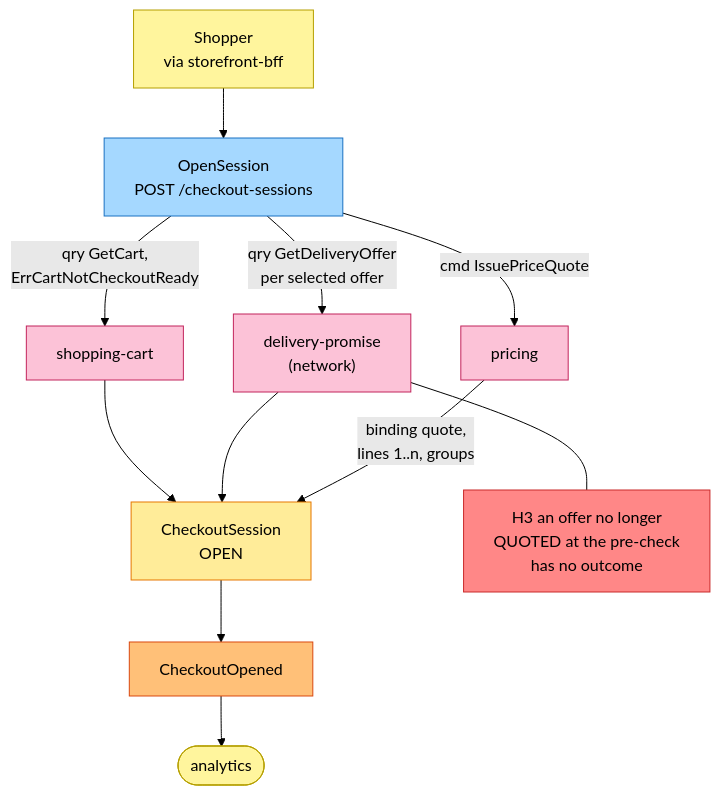
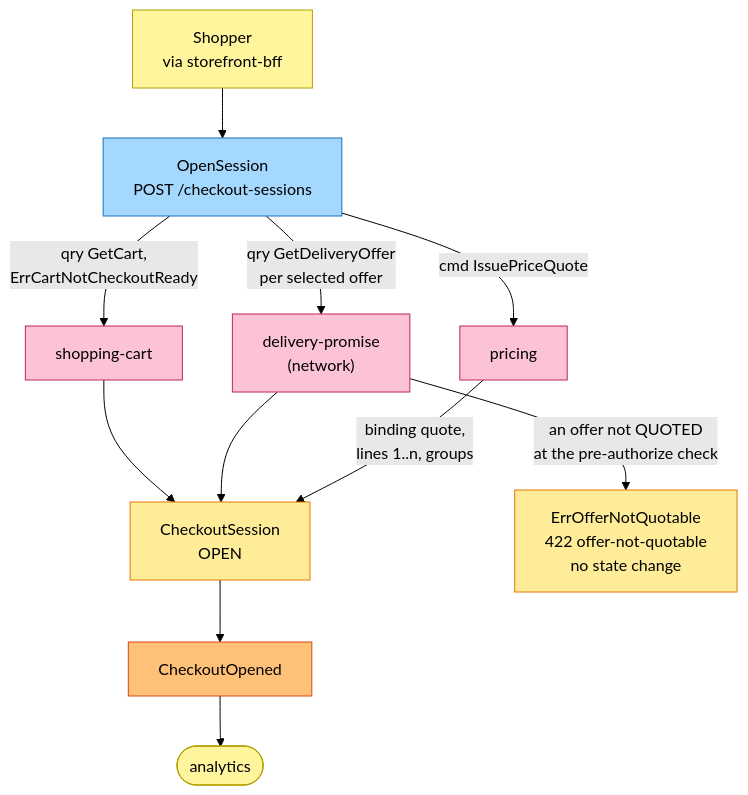
The first of 6 diagrams in storefront/docs/contexts/checkout/eventstorming.md (IQVO/warehouse-docs), drawn with Mermaid (forest theme) before and after one commit. The commit also changed other lines of this file and 11 other files, not shown here.

````diff
--- a/storefront/docs/contexts/checkout/eventstorming.md
+++ b/storefront/docs/contexts/checkout/eventstorming.md
@@ -35,30 +35,29 @@
 ```mermaid
 flowchart TB
     S["Shopper<br/>via storefront-bff"]:::actor
     C0["OpenSession<br/>POST /checkout-sessions"]:::command
     SC["shopping-cart"]:::external
     DP["delivery-promise<br/>(network)"]:::external
     PR["pricing"]:::external
     G1["CheckoutSession<br/>OPEN"]:::aggregate
     E1["CheckoutOpened"]:::event
     AN(["analytics"]):::actor
-    H3["H3 an offer no longer<br/>QUOTED at the pre-check<br/>has no outcome"]:::hotspot
+    ERR["ErrOfferNotQuotable<br/>422 offer-not-quotable<br/>no state change"]:::aggregate
 
     S --> C0
     C0 -->|"qry GetCart,<br/>ErrCartNotCheckoutReady"| SC
     C0 -->|"qry GetDeliveryOffer<br/>per selected offer"| DP
     C0 -->|"cmd IssuePriceQuote"| PR
     SC --> G1
     DP --> G1
     PR -->|"binding quote,<br/>lines 1..n, groups"| G1
     G1 --> E1
     E1 --> AN
-    DP --- H3
+    DP -->|"an offer not QUOTED<br/>at the pre-authorize check"| ERR
 
     classDef actor fill:#fff59d,stroke:#b59f00,color:#000
     classDef command fill:#a5d8ff,stroke:#1971c2,color:#000
     classDef aggregate fill:#ffec99,stroke:#e67700,color:#000
     classDef event fill:#ffc078,stroke:#d9480f,color:#000
     classDef external fill:#fcc2d7,stroke:#c2255c,color:#000
-    classDef hotspot fill:#ff8787,stroke:#c92a2a,color:#000
 ```
````
